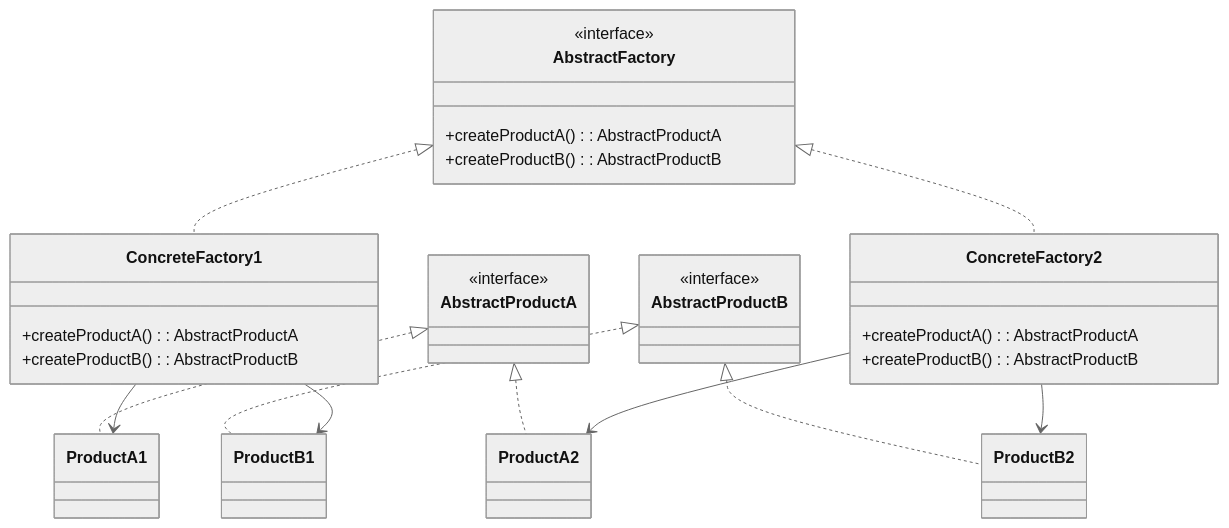
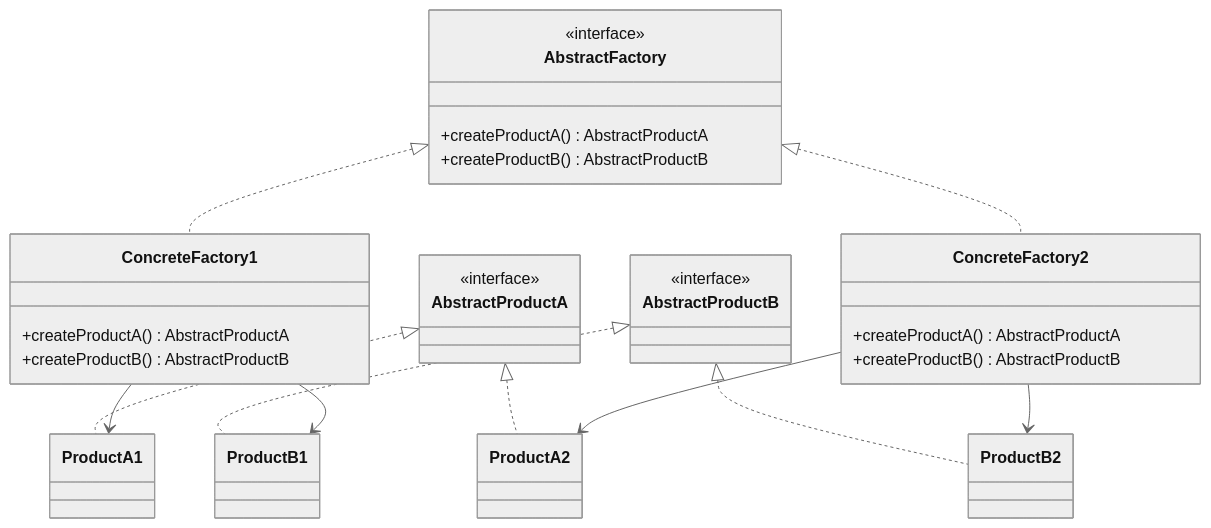
The ninth of 21 diagrams in content/posts/教學/分析與設計/Design Pattern教學(二).md (chihhung/Blog), drawn with Mermaid (neutral theme) before and after one commit. The commit also changed other lines of this file, not shown here.

Commit message:
修復 Design Pattern 教學(二) 中的 Mermaid mindmap 語法錯誤，改用 graph TB 格式以相容 Mermaid 11.12.1

````diff
--- a/content/posts/教學/分析與設計/Design Pattern教學(二).md
+++ b/content/posts/教學/分析與設計/Design Pattern教學(二).md
@@ -1057,41 +1096,41 @@
 ```mermaid
 classDiagram
     class AbstractFactory {
         <<interface>>
-        +createProductA(): AbstractProductA
-        +createProductB(): AbstractProductB
+        +createProductA() AbstractProductA
+        +createProductB() AbstractProductB
     }
     class ConcreteFactory1 {
-        +createProductA(): AbstractProductA
-        +createProductB(): AbstractProductB
+        +createProductA() AbstractProductA
+        +createProductB() AbstractProductB
     }
     class ConcreteFactory2 {
-        +createProductA(): AbstractProductA
-        +createProductB(): AbstractProductB
+        +createProductA() AbstractProductA
+        +createProductB() AbstractProductB
     }
     class AbstractProductA {
         <<interface>>
     }
     class AbstractProductB {
         <<interface>>
     }
     class ProductA1 {
     }
     class ProductA2 {
     }
     class ProductB1 {
     }
     class ProductB2 {
     }
     
     AbstractFactory <|.. ConcreteFactory1
     AbstractFactory <|.. ConcreteFactory2
     AbstractProductA <|.. ProductA1
     AbstractProductA <|.. ProductA2
     AbstractProductB <|.. ProductB1
     AbstractProductB <|.. ProductB2
     ConcreteFactory1 --> ProductA1
     ConcreteFactory1 --> ProductB1
     ConcreteFactory2 --> ProductA2
     ConcreteFactory2 --> ProductB2
 ```
````
